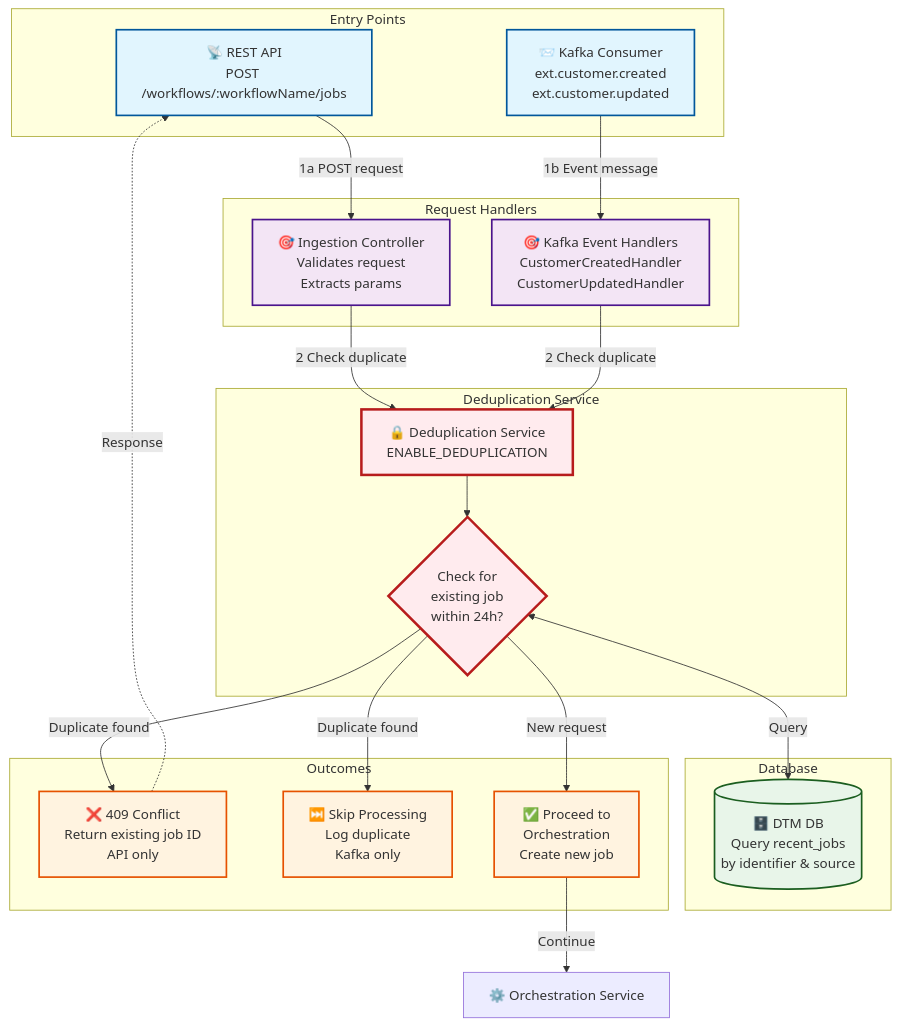
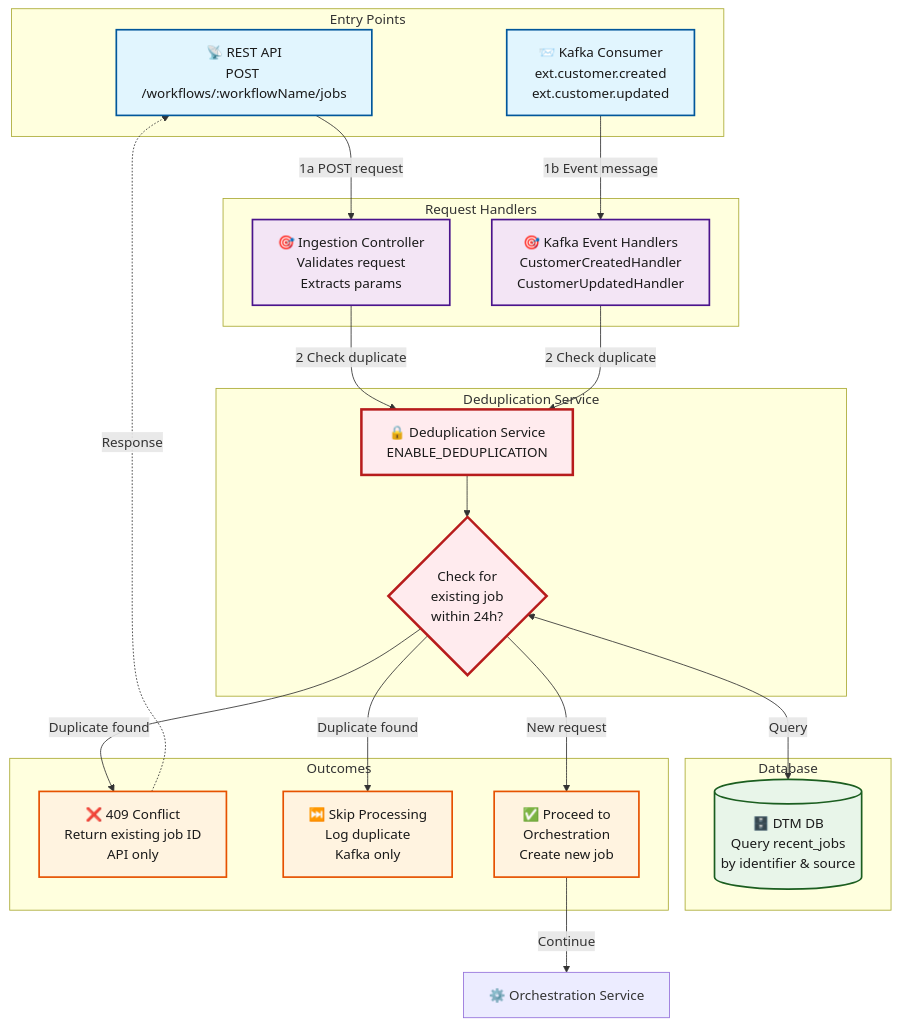
Before and after one commit to inctasoft/setpoint-evals-dtm-examples: the second of 9 diagrams in docs/guides/system-architecture.md, drawn with Mermaid. The commit also changed other lines of this file and 1 other file, not shown here.

First line of the commit message:
docs: explicit dark text color on 46 pastel mermaid classDefs (scout M5, #123) (#124)

````diff
--- a/docs/guides/system-architecture.md
+++ b/docs/guides/system-architecture.md
@@ -104,55 +104,55 @@
 ```mermaid
 graph TB
     subgraph "Entry Points"
         API[📡 REST API<br/>POST /workflows/:workflowName/jobs]
         EXT_KAFKA_IN[📨 Kafka Consumer<br/>ext.customer.created<br/>ext.customer.updated]
     end
 
     subgraph "Request Handlers"
         API_CTRL[🎯 Ingestion Controller<br/>Validates request<br/>Extracts params]
         KAFKA_HANDLER[🎯 Kafka Event Handlers<br/>CustomerCreatedHandler<br/>CustomerUpdatedHandler]
     end
 
     subgraph "Deduplication Service"
         DEDUP[🔒 Deduplication Service<br/>ENABLE_DEDUPLICATION]
         DEDUP_LOGIC{Check for<br/>existing job<br/>within 24h?}
     end
 
     subgraph "Database"
         DTM_DB[(🗄️ DTM DB<br/>Query recent_jobs<br/>by identifier & source)]
     end
 
     subgraph "Outcomes"
         REJECT[❌ 409 Conflict<br/>Return existing job ID<br/>API only]
         SKIP[⏭️ Skip Processing<br/>Log duplicate<br/>Kafka only]
         PROCEED[✅ Proceed to<br/>Orchestration<br/>Create new job]
     end
 
     API -->|1a POST request| API_CTRL
     EXT_KAFKA_IN -->|1b Event message| KAFKA_HANDLER
 
     API_CTRL -->|2 Check duplicate| DEDUP
     KAFKA_HANDLER -->|2 Check duplicate| DEDUP
 
     DEDUP --> DEDUP_LOGIC
     DEDUP_LOGIC <-->|Query| DTM_DB
 
     DEDUP_LOGIC -->|Duplicate found| REJECT
     DEDUP_LOGIC -->|Duplicate found| SKIP
     DEDUP_LOGIC -->|New request| PROCEED
 
     REJECT -.->|Response| API
     PROCEED -->|Continue| ORCH[⚙️ Orchestration Service]
 
-    classDef entry fill:#e1f5fe,stroke:#01579b,stroke-width:2px
-    classDef handler fill:#f3e5f5,stroke:#4a148c,stroke-width:2px
-    classDef security fill:#ffebee,stroke:#b71c1c,stroke-width:3px
-    classDef database fill:#e8f5e9,stroke:#1b5e20,stroke-width:2px
-    classDef outcome fill:#fff3e0,stroke:#e65100,stroke-width:2px
+    classDef entry fill:#e1f5fe,color:#1a1a1a,stroke:#01579b,stroke-width:2px
+    classDef handler fill:#f3e5f5,color:#1a1a1a,stroke:#4a148c,stroke-width:2px
+    classDef security fill:#ffebee,color:#1a1a1a,stroke:#b71c1c,stroke-width:3px
+    classDef database fill:#e8f5e9,color:#1a1a1a,stroke:#1b5e20,stroke-width:2px
+    classDef outcome fill:#fff3e0,color:#1a1a1a,stroke:#e65100,stroke-width:2px
 
     class API,EXT_KAFKA_IN entry
     class API_CTRL,KAFKA_HANDLER handler
     class DEDUP,DEDUP_LOGIC security
     class DTM_DB database
     class REJECT,SKIP,PROCEED outcome
 ```
````
